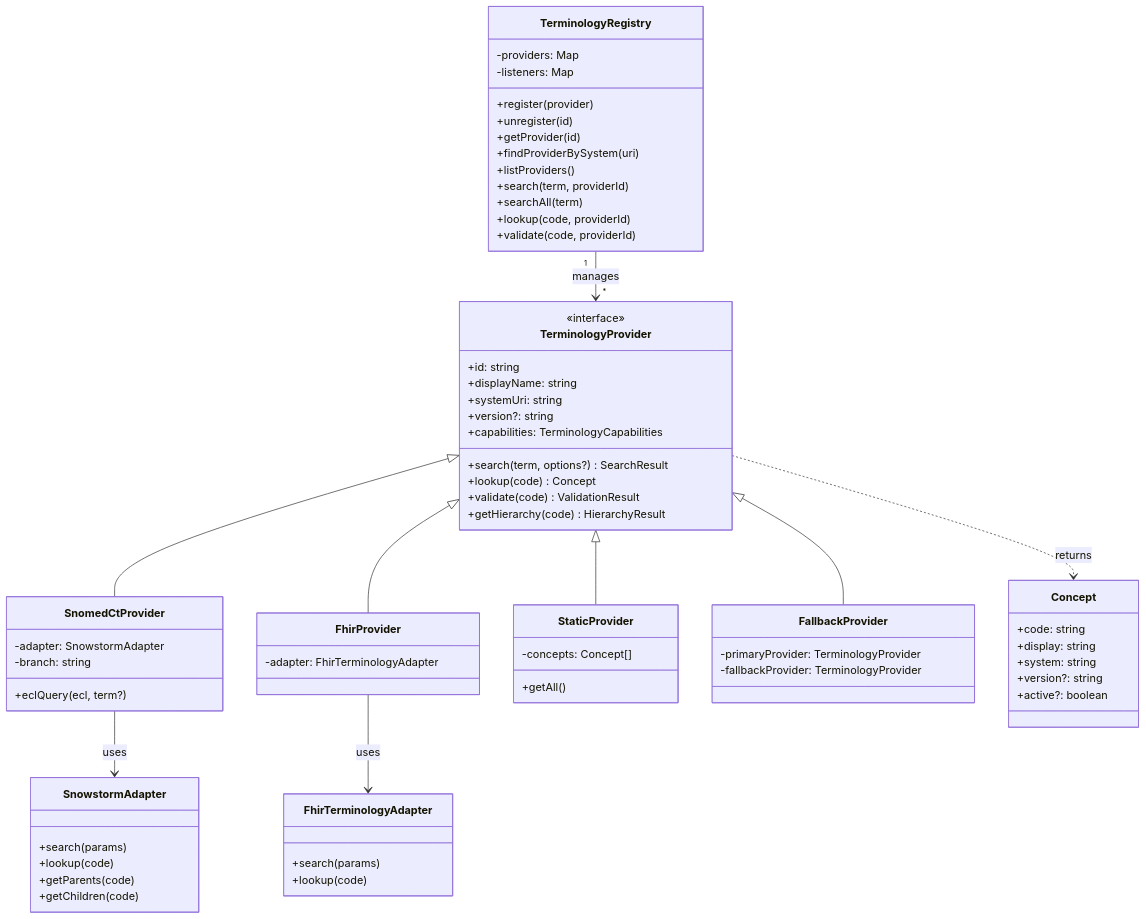
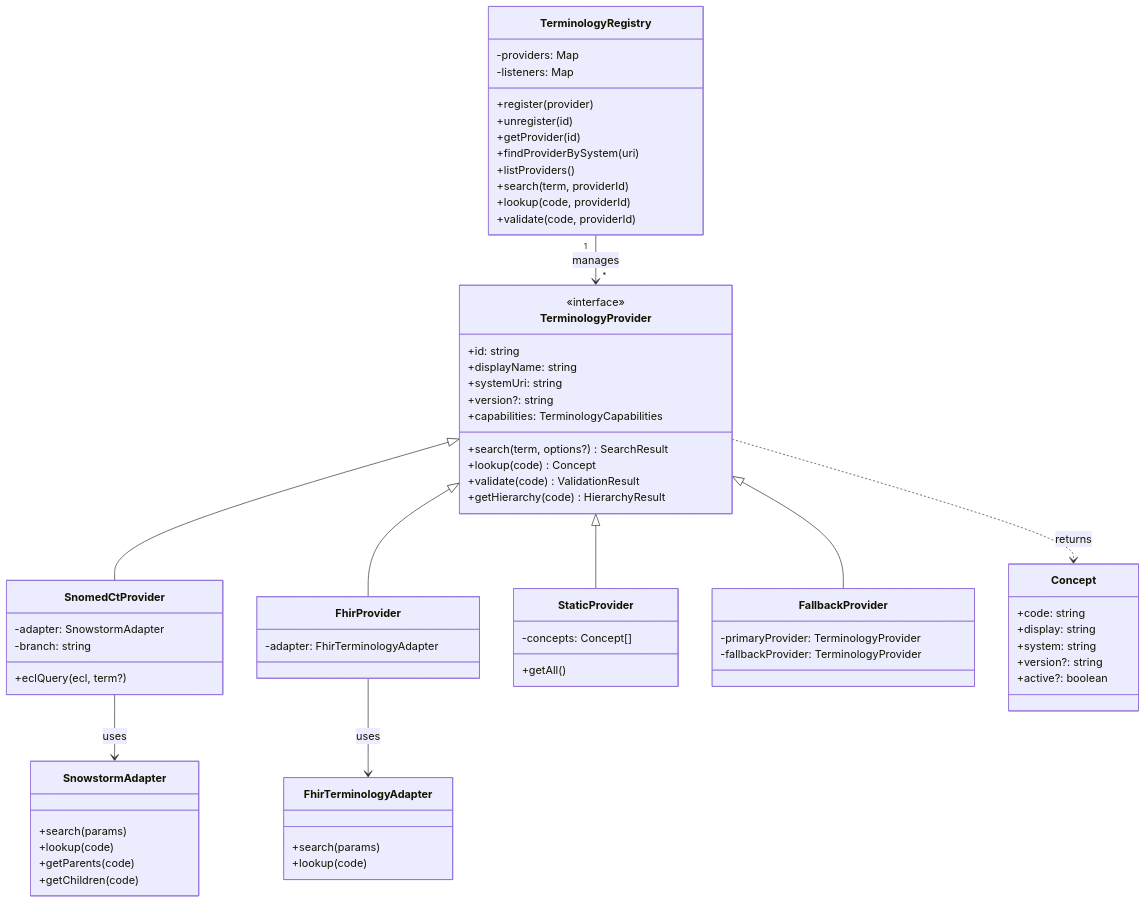
One commit to forschungsgruppe-digital-health/bpmn-extension-medical-terminology changed the second of 2 diagrams in docs/arc42/05_building_block_view.md. Above: the diagram before and after it, drawn with Mermaid. The commit also changed other lines of this file and 42 other files, not shown here.

````diff
--- a/docs/arc42/05_building_block_view.md
+++ b/docs/arc42/05_building_block_view.md
@@ -24,69 +24,68 @@
 ```mermaid
 classDiagram
     class TerminologyProvider {
         <<interface>>
         +id: string
         +displayName: string
         +systemUri: string
         +version?: string
         +capabilities: TerminologyCapabilities
         +search(term, options?) SearchResult
         +lookup(code) Concept
         +validate(code) ValidationResult
         +getHierarchy(code) HierarchyResult
     }
     class TerminologyRegistry {
         -providers: Map
         -listeners: Map
         +register(provider)
         +unregister(id)
         +getProvider(id)
         +findProviderBySystem(uri)
         +listProviders()
         +search(term, providerId)
-        +searchAll(term)
         +lookup(code, providerId)
         +validate(code, providerId)
     }
     class SnomedCtProvider {
         -adapter: SnowstormAdapter
         -branch: string
         +eclQuery(ecl, term?)
     }
     class FhirProvider {
         -adapter: FhirTerminologyAdapter
     }
     class StaticProvider {
         -concepts: Concept[]
         +getAll()
     }
     class FallbackProvider {
         -primaryProvider: TerminologyProvider
         -fallbackProvider: TerminologyProvider
     }
     class SnowstormAdapter {
         +search(params)
         +lookup(code)
         +getParents(code)
         +getChildren(code)
     }
     class FhirTerminologyAdapter {
         +search(params)
         +lookup(code)
     }
     class Concept {
         +code: string
         +display: string
         +system: string
         +version?: string
         +active?: boolean
     }
     TerminologyRegistry "1" --> "*" TerminologyProvider : manages
     TerminologyProvider <|-- SnomedCtProvider
     TerminologyProvider <|-- FhirProvider
     TerminologyProvider <|-- StaticProvider
     TerminologyProvider <|-- FallbackProvider
     SnomedCtProvider --> SnowstormAdapter : uses
     FhirProvider --> FhirTerminologyAdapter : uses
     TerminologyProvider ..> Concept : returns
 ```
````
